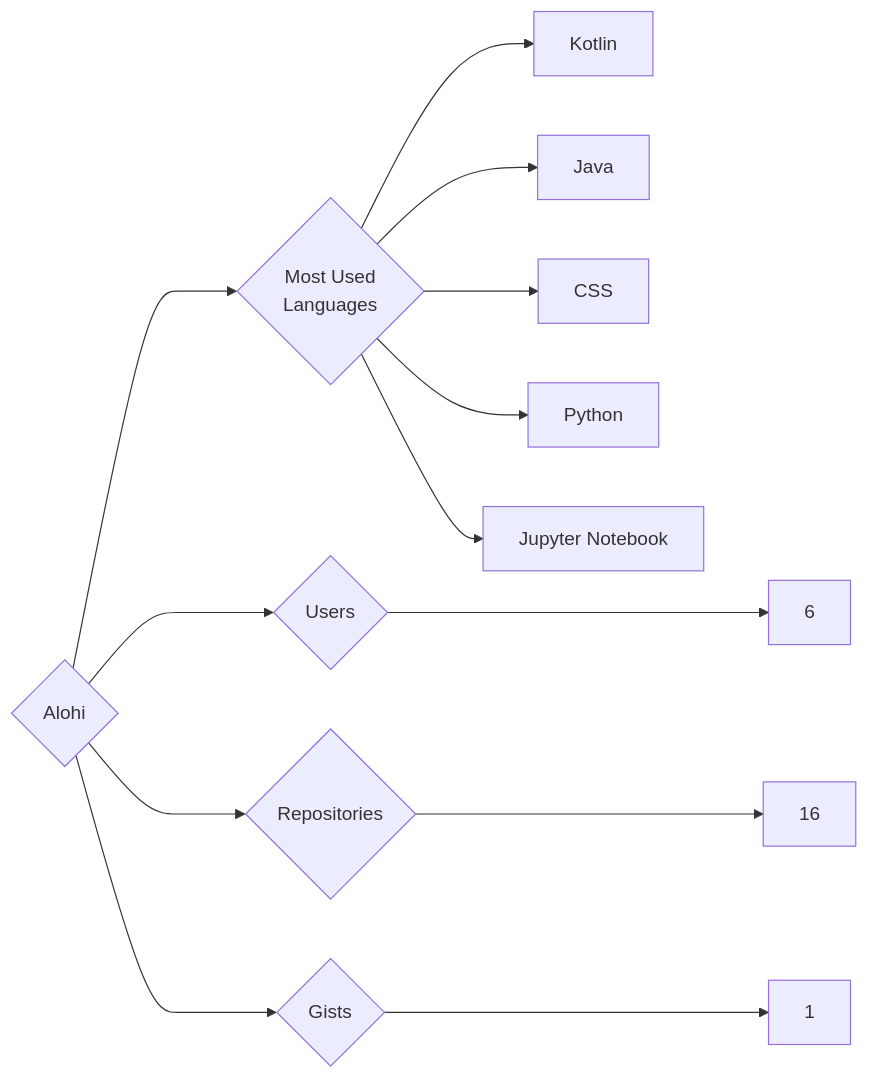
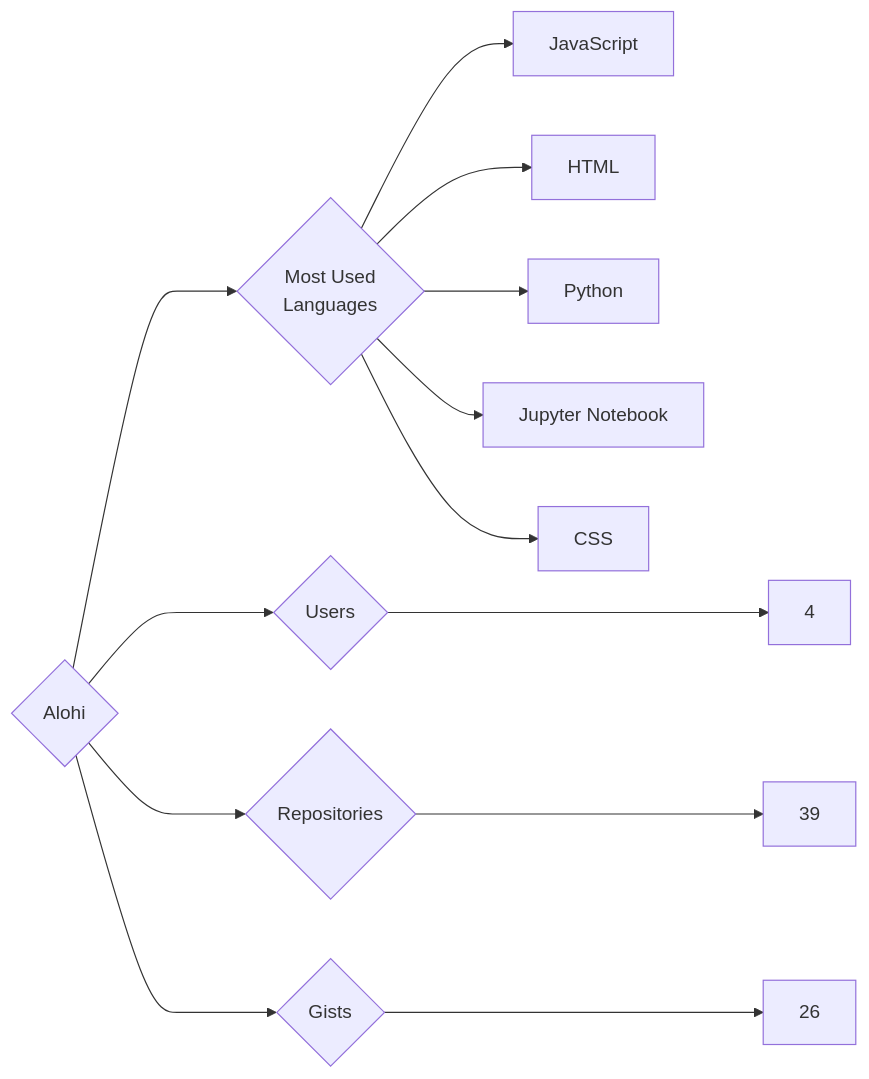
Before and after one commit to trickest/insiders: the diagram in targets/Alohi/README.md, drawn with Mermaid. The commit also changed 622 other files, not shown here.

````diff
--- a/targets/Alohi/README.md
+++ b/targets/Alohi/README.md
@@ -3,13 +3,13 @@
 ```mermaid
 graph LR
 COMPANY_NAME{Alohi}
-COMPANY_NAME ---> U{Users} ---> UN[6]
-COMPANY_NAME ---> R{Repositories} ---> RN[16]
-COMPANY_NAME ---> G{Gists} ---> GN[1]
+COMPANY_NAME ---> U{Users} ---> UN[4]
+COMPANY_NAME ---> R{Repositories} ---> RN[39]
+COMPANY_NAME ---> G{Gists} ---> GN[26]
 COMPANY_NAME ---> ML{Most Used<br>Languages}
-ML --> Kotlin[Kotlin]
-ML --> Java[Java]
-ML --> CSS[CSS]
+ML --> JavaScript[JavaScript]
+ML --> HTML[HTML]
 ML --> Python[Python]
 ML --> Jupyter_Notebook[Jupyter Notebook]
+ML --> CSS[CSS]
 ```
````
